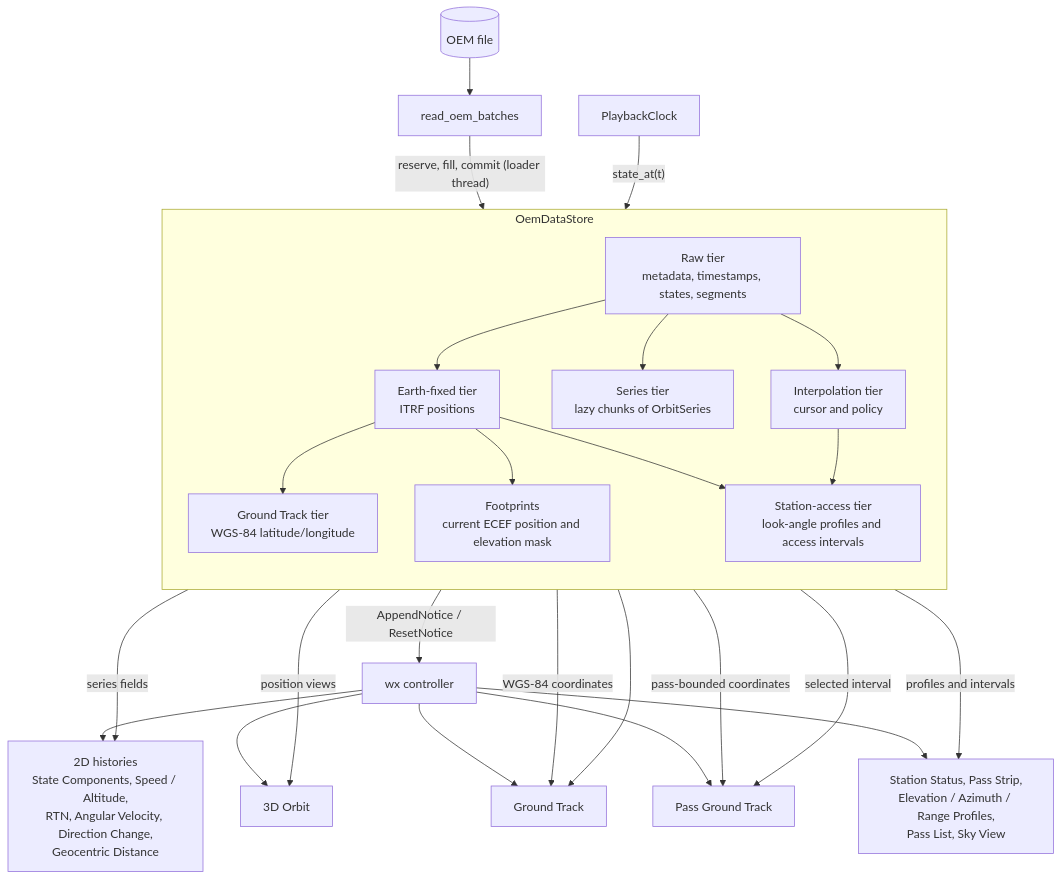
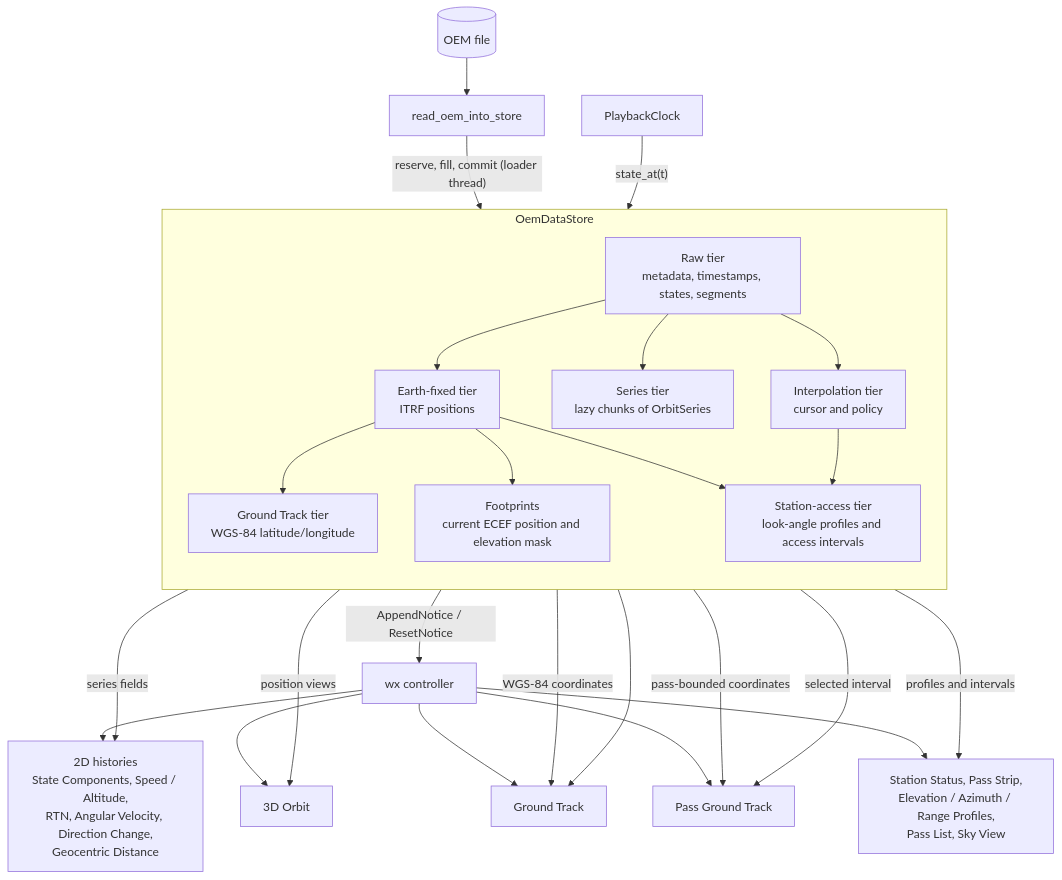
The first of 7 diagrams in docs/architecture/play-oem/PLAY_OEM_DATA_STORE_SOFTWARE_DESIGN.md (jeongyunl/ephem-toolkit), drawn with Mermaid before and after one commit. The commit also changed other lines of this file and 17 other files, not shown here.

Commit message:
OemDataStore: Remove `AppendablePlaybackData`, `PreparedPlaybackBatch`, `IncrementalPlaybackPreparer`

````diff
--- a/docs/architecture/play-oem/PLAY_OEM_DATA_STORE_SOFTWARE_DESIGN.md
+++ b/docs/architecture/play-oem/PLAY_OEM_DATA_STORE_SOFTWARE_DESIGN.md
@@ -139,38 +137,38 @@
 ```mermaid
 flowchart TD
-    FILE[("OEM file")] --> PARSE["read_oem_batches"]
+    FILE[("OEM file")] --> PARSE["read_oem_into_store"]
     PARSE -->|"reserve, fill, commit (loader thread)"| STORE
 
     subgraph STORE["OemDataStore"]
         direction TB
         RAW["Raw tier<br/>metadata, timestamps, states, segments"]
         INTERP["Interpolation tier<br/>cursor and policy"]
         SER["Series tier<br/>lazy chunks of OrbitSeries"]
         EF["Earth-fixed tier<br/>ITRF positions"]
         GT["Ground Track tier<br/>WGS-84 latitude/longitude"]
         FOOT["Footprints<br/>current ECEF position and elevation mask"]
         ACC["Station-access tier<br/>look-angle profiles and access intervals"]
         RAW --> INTERP
         RAW --> SER
         RAW --> EF
         EF --> GT
         EF --> FOOT
         EF --> ACC
         INTERP --> ACC
     end
 
     STORE -->|"AppendNotice / ResetNotice"| UI["wx controller"]
     UI --> V2D["2D histories<br/>State Components, Speed / Altitude,<br/>RTN, Angular Velocity, Direction Change,<br/>Geocentric Distance"]
     UI --> V3D["3D Orbit"]
     UI --> VGT["Ground Track"]
     UI --> VPASSGT["Pass Ground Track"]
     UI --> VSTATION["Station Status, Pass Strip,<br/>Elevation / Azimuth / Range Profiles,<br/>Pass List, Sky View"]
     SER -->|"series fields"| V2D
     RAW -->|"position views"| V3D
     GT -->|"WGS-84 coordinates"| VGT
     GT -->|"pass-bounded coordinates"| VPASSGT
     FOOT --> VGT
     ACC -->|"profiles and intervals"| VSTATION
     ACC -->|"selected interval"| VPASSGT
     CLOCK["PlaybackClock"] -->|"state_at(t)"| STORE
 ```
````
